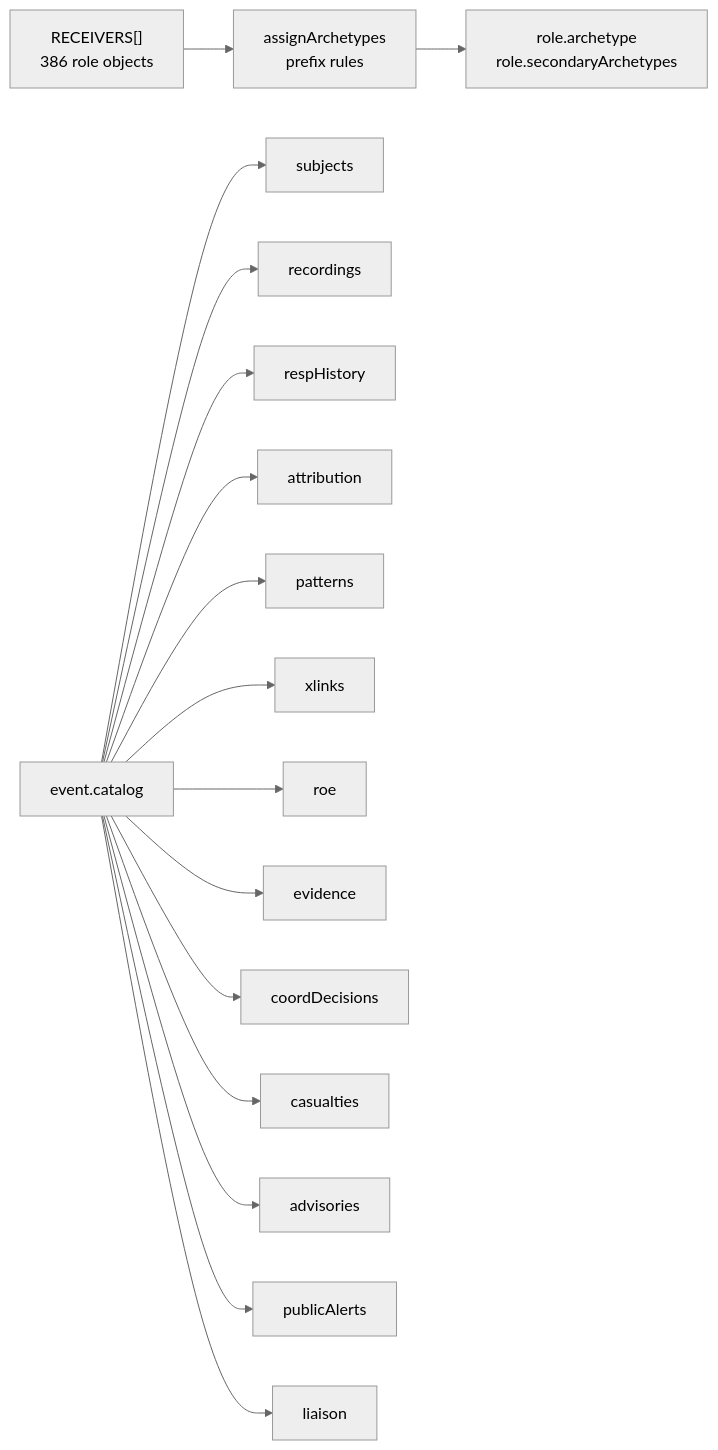
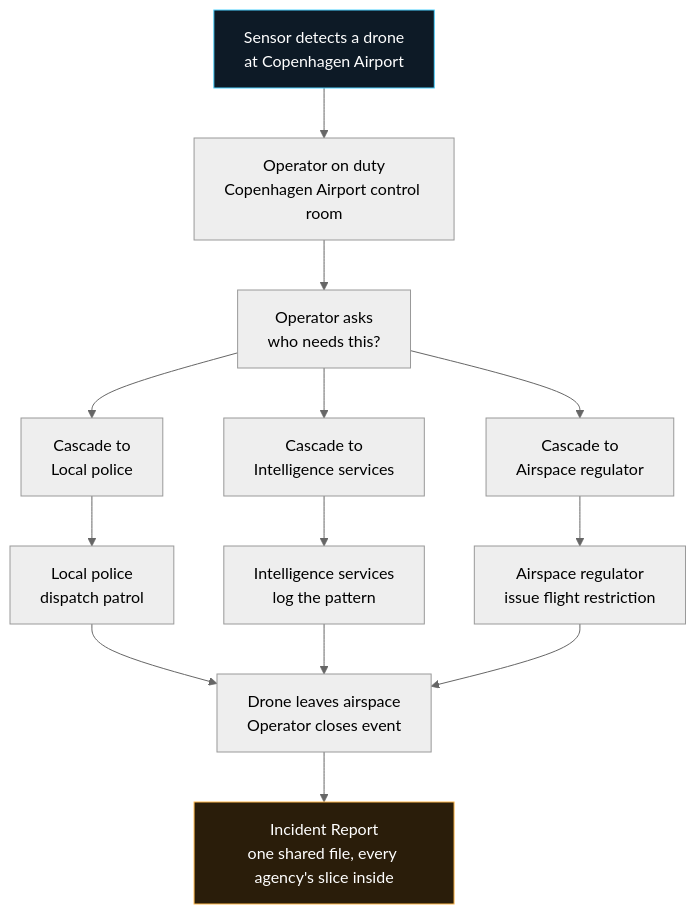
The first of 8 diagrams in docs/report-shape-overview.md (Luckyluc321/ISR-Systems-c2-platform), drawn with Mermaid (neutral theme) before and after one commit. The commit also changed other lines of this file and 1 other file, not shown here.

First line of the commit message:
docs: rewrite report-shape-overview for humans, not for readers of source

````diff
--- a/docs/report-shape-overview.md
+++ b/docs/report-shape-overview.md
@@ -113,21 +15,24 @@
 ```mermaid
-flowchart LR
-  R["RECEIVERS[]<br/>386 role objects"]
-  RU[assignArchetypes<br/>prefix rules]
-  R --> RU
-  RU --> RT["role.archetype<br/>role.secondaryArchetypes"]
-  E["event.catalog"]
-  E --> S1[subjects]
-  E --> S2[recordings]
-  E --> S3[respHistory]
-  E --> S4[attribution]
-  E --> S5[patterns]
-  E --> S6[xlinks]
-  E --> S7[roe]
-  E --> S8[evidence]
-  E --> S9[coordDecisions]
-  E --> SA[casualties]
-  E --> SB[advisories]
-  E --> SC[publicAlerts]
-  E --> SD[liaison]
+flowchart TD
+  D[Sensor detects a drone<br/>at Copenhagen Airport]
+  A[Operator on duty<br/>Copenhagen Airport control room]
+  Q[Operator asks<br/>who needs this?]
+  C1[Cascade to<br/>Local police]
+  C2[Cascade to<br/>Intelligence services]
+  C3[Cascade to<br/>Airspace regulator]
+  R1[Local police<br/>dispatch patrol]
+  R2[Intelligence services<br/>log the pattern]
+  R3[Airspace regulator<br/>issue flight restriction]
+  E[Drone leaves airspace<br/>Operator closes event]
+  REP[Incident Report<br/>one shared file, every agency's slice inside]
+  D --> A --> Q
+  Q --> C1 --> R1
+  Q --> C2 --> R2
+  Q --> C3 --> R3
+  R1 --> E
+  R2 --> E
+  R3 --> E
+  E --> REP
+  style D fill:#0d1a26,stroke:#4dd2ff,color:#fff
+  style REP fill:#2a1d0a,stroke:#ffb84d,color:#fff
 ```
````
